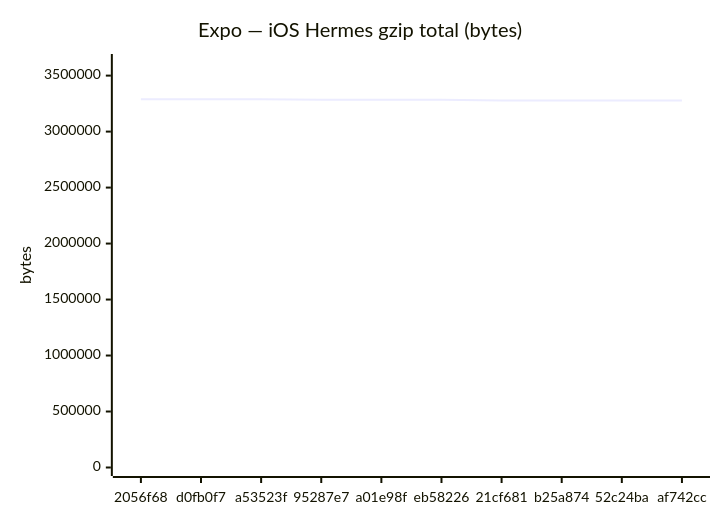
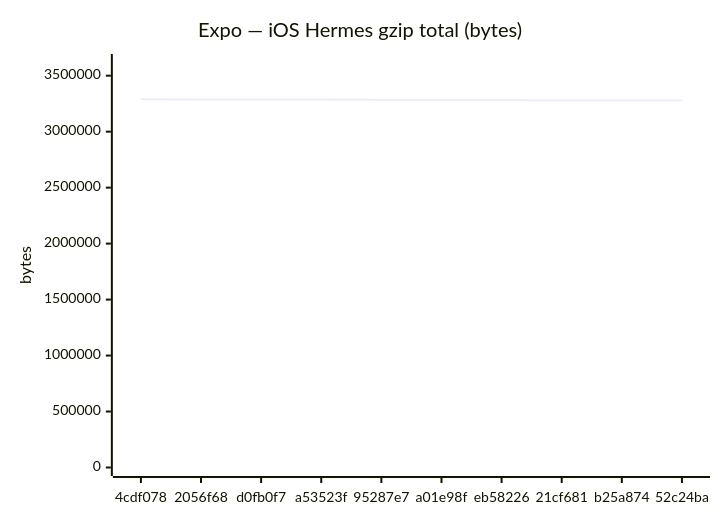
The sixth of 18 diagrams in benchmarks/compare.md (Metaheurist/Rianell), drawn with Mermaid before and after one commit. The commit also changed other lines of this file and 11 other files, not shown here.

````diff
--- a/benchmarks/compare.md
+++ b/benchmarks/compare.md
@@ -96,7 +96,7 @@
 ```mermaid
 xychart-beta
     title "Expo — iOS Hermes gzip total (bytes)"
-    x-axis ["2056f68", "d0fb0f7", "a53523f", "95287e7", "a01e98f", "eb58226", "21cf681", "b25a874", "52c24ba", "af742cc"]
-    y-axis "bytes" 0 --> 3617100
-    line [3288270, 3288272, 3288270, 3283767, 3283770, 3283769, 3278198, 3278199, 3278191, 3278197]
+    x-axis ["4cdf078", "2056f68", "d0fb0f7", "a53523f", "95287e7", "a01e98f", "eb58226", "21cf681", "b25a874", "52c24ba"]
+    y-axis "bytes" 0 --> 3617765
+    line [3288877, 3288270, 3288272, 3288270, 3283767, 3283770, 3283769, 3278198, 3278199, 3278191]
 ```
````
